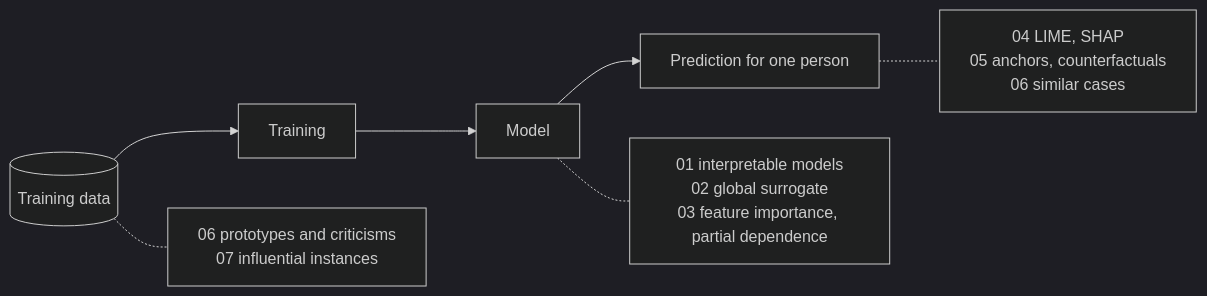
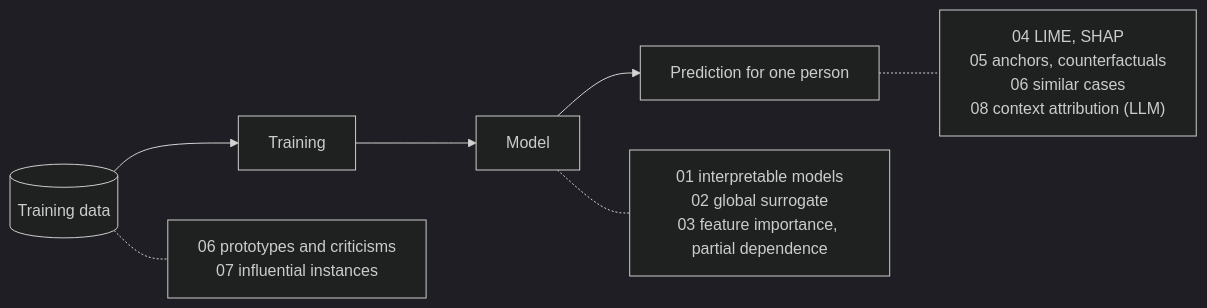
The diagram in README.md (mlip-cmu/explainability), drawn with Mermaid (dark theme) before and after one commit. The commit also changed other lines of this file and 11 other files, not shown here.

First line of the commit message:
Add project 08 (context attribution for LLM answers) and the COMPAS data error script

````diff
--- a/README.md
+++ b/README.md
@@ -41,7 +42,7 @@
 ```mermaid
 flowchart LR
     data[(Training data)] --> train[Training] --> model[Model] --> pred[Prediction for one person]
     data -.- d1["06 prototypes and criticisms<br/>07 influential instances"]
     model -.- m1["01 interpretable models<br/>02 global surrogate<br/>03 feature importance, partial dependence"]
-    pred -.- p1["04 LIME, SHAP<br/>05 anchors, counterfactuals<br/>06 similar cases"]
+    pred -.- p1["04 LIME, SHAP<br/>05 anchors, counterfactuals<br/>06 similar cases<br/>08 context attribution (LLM)"]
 ```
````
